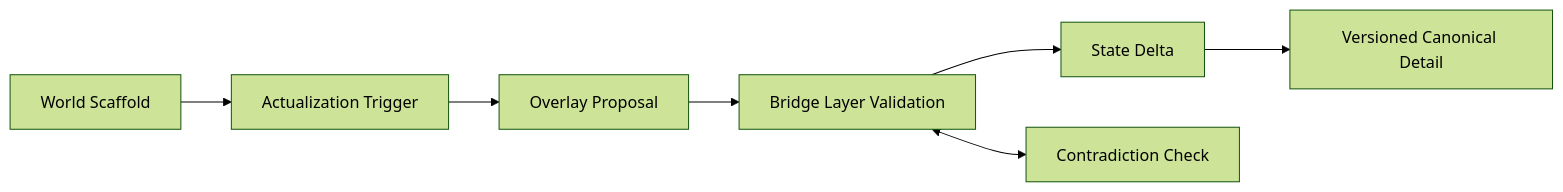
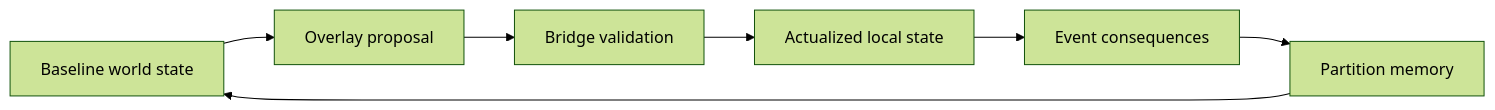
Before and after one commit to robert-kurcina/vault-age: the diagram in 35_World_Generation_Lazy_Ontology_Overlays/WP_04B_World_Generation_Lazy_Ontology_and_Overlays.md, drawn with Mermaid (forest theme). The commit also changed other lines of this file and 21 other files, not shown here.

````diff
--- a/35_World_Generation_Lazy_Ontology_Overlays/WP_04B_World_Generation_Lazy_Ontology_and_Overlays.md
+++ b/35_World_Generation_Lazy_Ontology_Overlays/WP_04B_World_Generation_Lazy_Ontology_and_Overlays.md
@@ -21,9 +23,9 @@
 ```mermaid
 flowchart LR
-    A[World Scaffold] --> B[Actualization Trigger]
-    B --> C[Overlay Proposal]
-    C --> D[Bridge Layer Validation]
-    D --> E[State Delta]
-    E --> F[Versioned Canonical Detail]
-    D <--> G[Contradiction Check]
+    Baseline[Baseline world state] --> Overlay[Overlay proposal]
+    Overlay --> Bridge[Bridge validation]
+    Bridge --> Actualize[Actualized local state]
+    Actualize --> Events[Event consequences]
+    Events --> Memory[Partition memory]
+    Memory --> Baseline
 ```
````
